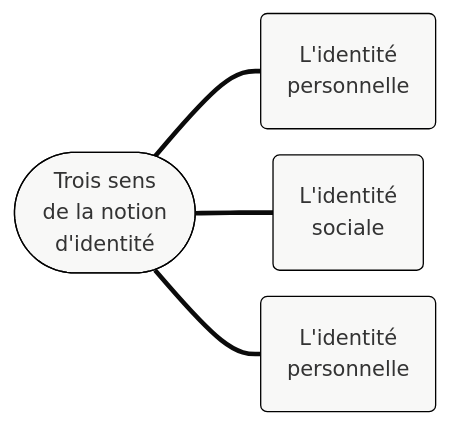
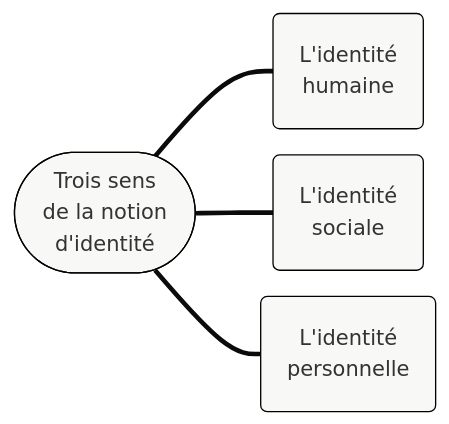
Before and after one commit to eyssette/cours: the first of 2 diagrams in 1hlp22/src/s1-ch1.md, drawn with Mermaid. The commit also changed other lines of this file and 4 other files, not shown here.

Commit message:
typo "identité humaine"

````diff
--- a/1hlp22/src/s1-ch1.md
+++ b/1hlp22/src/s1-ch1.md
@@ -7,11 +7,11 @@
 ```mermaid
 %%{init{"theme":"base","themeCSS":"* {line-height:1.25em!important; font-size:20px; text-align:left!important;} g[id*=\"A\"] span {font-size:1.01em; color:white; display:block; text-align:center!important} g[id*=\"A\"] rect {fill:black}  g[id*=\"V\"] * {} g[id*=\"B\"] span {font-size:0.9em; color:white; display:block; text-align:center!important} g[id*=\"B\"] rect {fill:#6f0000; stroke:transparent} g[id*=\"C\"] rect {fill:white; stroke:grey} g[id*=\"C\"] span {font-size:0.75em; display:block;} g[id*=\"D\"] span, g[id*=\"E\"] span {font-size:0.7em; display:block;} g[id*=\"D\"] rect, g[id*=\"E\"] rect {stroke:transparent!important}.edge-thickness-normal{stroke-width:1px; stroke:#999;} .edge-thickness-thick{stroke-width:1px!important;} .edge-pattern-dotted{stroke:transparent}","themeVariables":{"secondaryColor":"white","primaryColor":"hsl(60,9%,97%)","primaryBorderColor":"black"},"flowchart":{"htmlLabels":true,"padding":20,"rankSpacing":50,"nodeSpacing":20}} }%%
 flowchart LR
 A1(["Trois sens  <br>de la notion <br> d'identité"])
 
-B1("L'identité <br>personnelle")
+B1("L'identité <br>humaine")
 B2("L'identité <br>sociale")
 B3("L'identité <br>personnelle")
 
 A1 === B1 & B2 & B3
 ```
````
